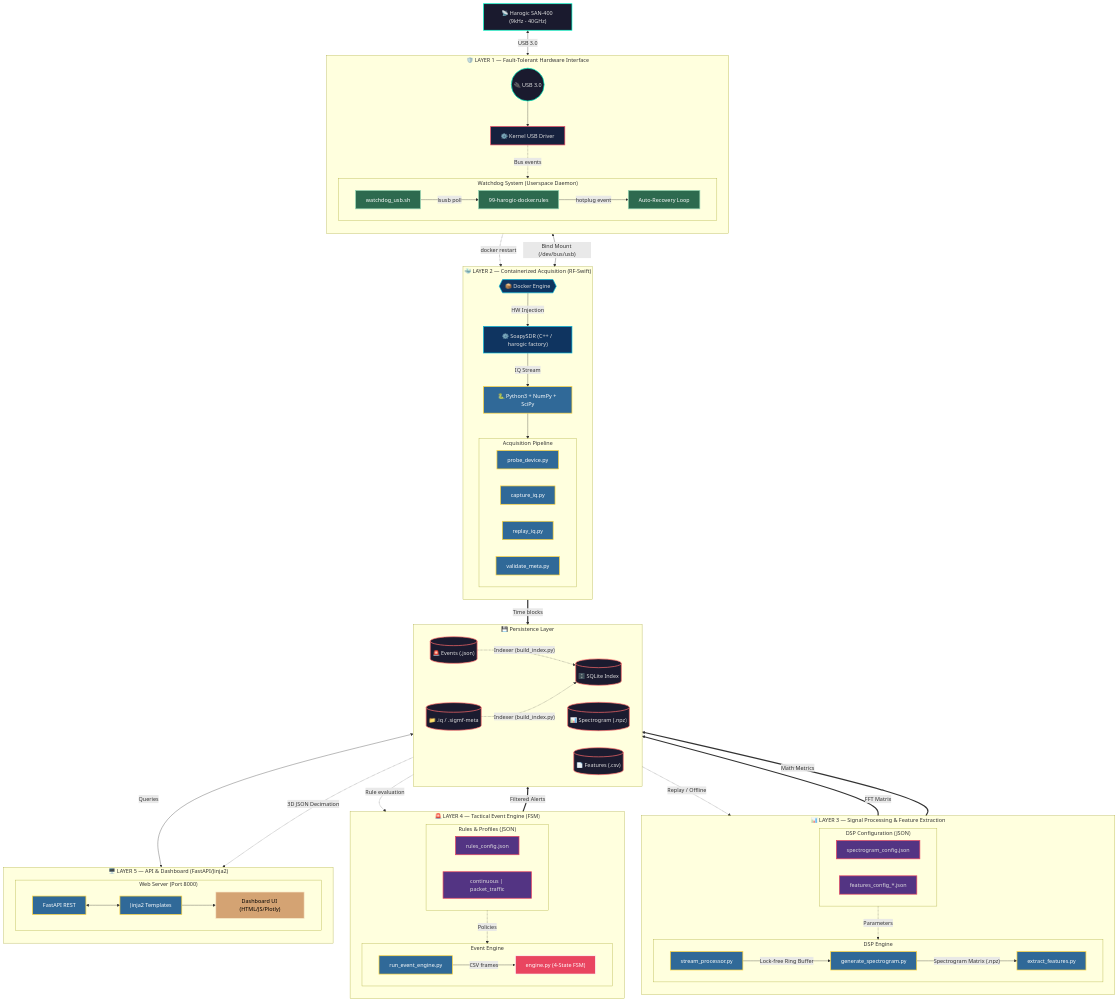
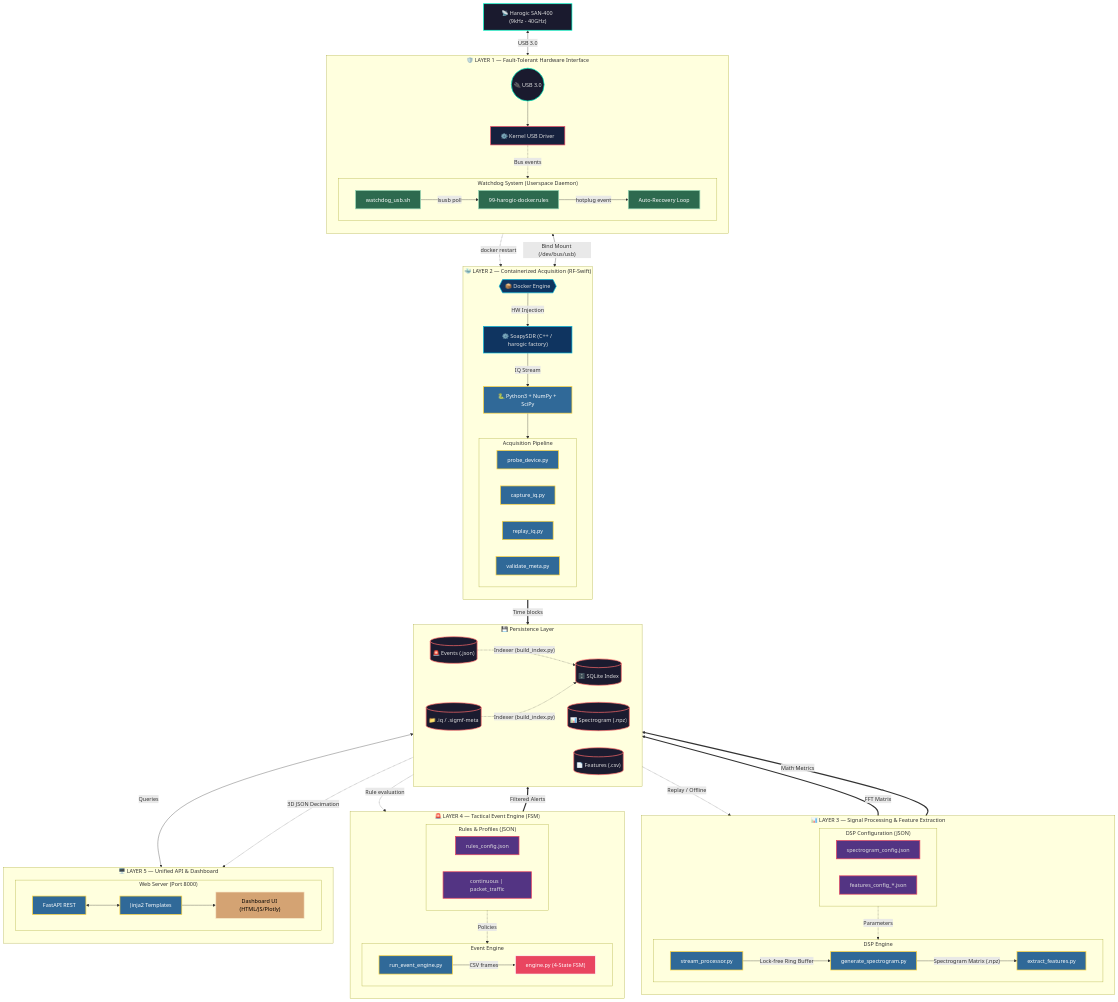
One commit to dielectronico314/Spectre-Horizon changed the diagram in README.md. Above: the diagram before and after it, drawn with Mermaid. The commit also changed other lines of this file, not shown here.

Commit message:
docs: Update README for Day 19 completion and unified architecture

```diff
--- a/README.md
+++ b/README.md
@@ -167,7 +174,7 @@
         RULES -.->|"Policies"| ENGINE
     end
 
-    subgraph LAYER5["🖥️ LAYER 5 — API & Dashboard (FastAPI/Jinja2)"]
+    subgraph LAYER5["🖥️ LAYER 5 — Unified API & Dashboard"]
         direction TB
         subgraph WEB["Web Server (Port 8000)"]
             direction LR
```
